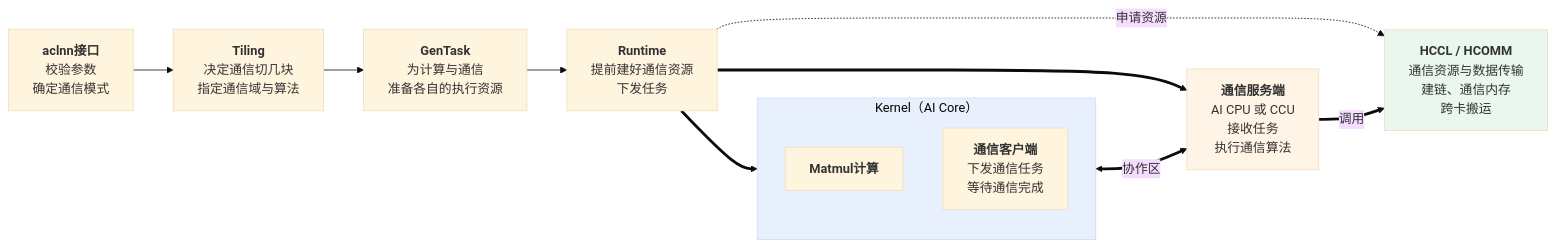
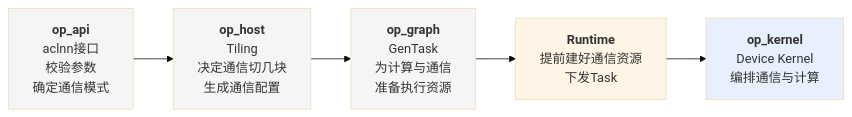
The third of 3 diagrams in docs/zh/编程模型/MC2编程模型/概述.md (Atlas-Ascend-Fork/asc-comm), drawn with Mermaid (base theme) before and after one commit. The commit also changed other lines of this file, not shown here.

````diff
--- a/docs/zh/编程模型/MC2编程模型/概述.md
+++ b/docs/zh/编程模型/MC2编程模型/概述.md
@@ -197,28 +169,16 @@
 ```mermaid
 flowchart LR
-    A1["<b>aclnn接口</b><br/>校验参数<br/>确定通信模式"]
-    A2["<b>Tiling</b><br/>决定通信切几块<br/>指定通信域与算法"]
-    A3["<b>GenTask</b><br/>为计算与通信<br/>准备各自的执行资源"]
-    A4["<b>Runtime</b><br/>提前建好通信资源<br/>下发任务"]
+    A1["<b>op_api</b><br/>aclnn接口<br/>校验参数<br/>确定通信模式"]
+    A2["<b>op_host</b><br/>Tiling<br/>决定通信切几块<br/>生成通信配置"]
+    A3["<b>op_graph</b><br/>GenTask<br/>为计算与通信<br/>准备执行资源"]
+    A4["<b>Runtime</b><br/>提前建好通信资源<br/>下发Task"]
+    A5["<b>op_kernel</b><br/>Device Kernel<br/>编排通信与计算"]
 
-    subgraph KERNEL["Kernel（AI Core）"]
-        direction TB
-        K1["<b>Matmul计算</b>"]
-        K2["<b>通信客户端</b><br/>下发通信任务<br/>等待通信完成"]
-    end
+    A1 --> A2 --> A3 --> A4 --> A5
 
-    SERVER["<b>通信服务端</b><br/>AI CPU 或 CCU<br/>接收任务<br/>执行通信算法"]
-
-    RES["<b>HCCL / HCOMM</b><br/>通信资源与数据传输<br/>建链、通信内存<br/>跨卡搬运"]
-
-    A1 --> A2 --> A3 --> A4
-    A4 ==> KERNEL
-    A4 ==> SERVER
-    A4 -.->|"申请资源"| RES
-    K2 <==>|"协作区"| SERVER
-    SERVER ==>|"调用"| RES
-
-    style KERNEL fill:#e8f0fe
-    style SERVER fill:#fff4e5
-    style RES fill:#e9f7ef
+    style A1 fill:#f5f5f5
+    style A2 fill:#f5f5f5
+    style A3 fill:#f5f5f5
+    style A4 fill:#fff4e5
+    style A5 fill:#e8f0fe
 ```
````
